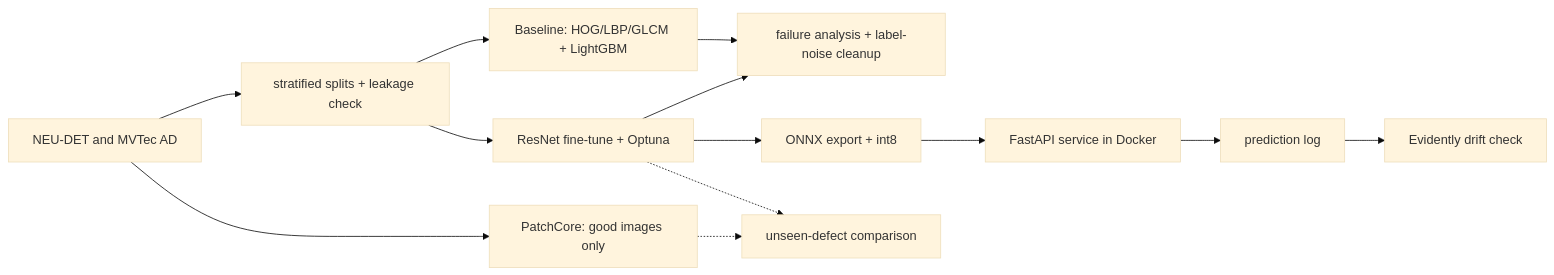
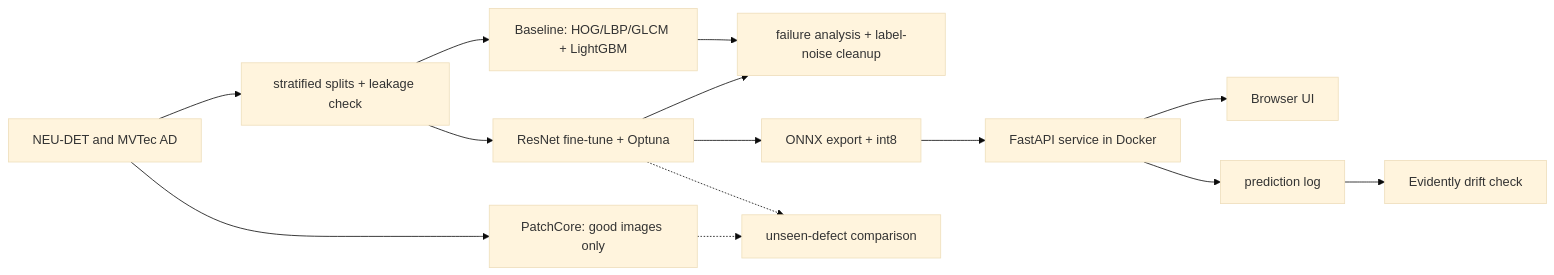
The diagram in README.md (Miguel3o2/defect-inspection), drawn with Mermaid (base theme) before and after one commit. The commit also changed other lines of this file, not shown here.

Commit message:
Reflect the inference UI across the README (quickstart, architecture, coverage table)

````diff
--- a/README.md
+++ b/README.md
@@ -68,15 +68,16 @@
 ```mermaid
 flowchart LR
     D[NEU-DET and MVTec AD] --> S[stratified splits + leakage check]
     S --> B[Baseline: HOG/LBP/GLCM + LightGBM]
     S --> R[ResNet fine-tune + Optuna]
     D --> P[PatchCore: good images only]
     B --> A[failure analysis + label-noise cleanup]
     R --> A
     R --> X[ONNX export + int8]
     X --> API[FastAPI service in Docker]
+    API --> U[Browser UI]
     API --> L[prediction log]
     L --> M[Evidently drift check]
     P -.-> C[unseen-defect comparison]
     R -.-> C
 ```
````
